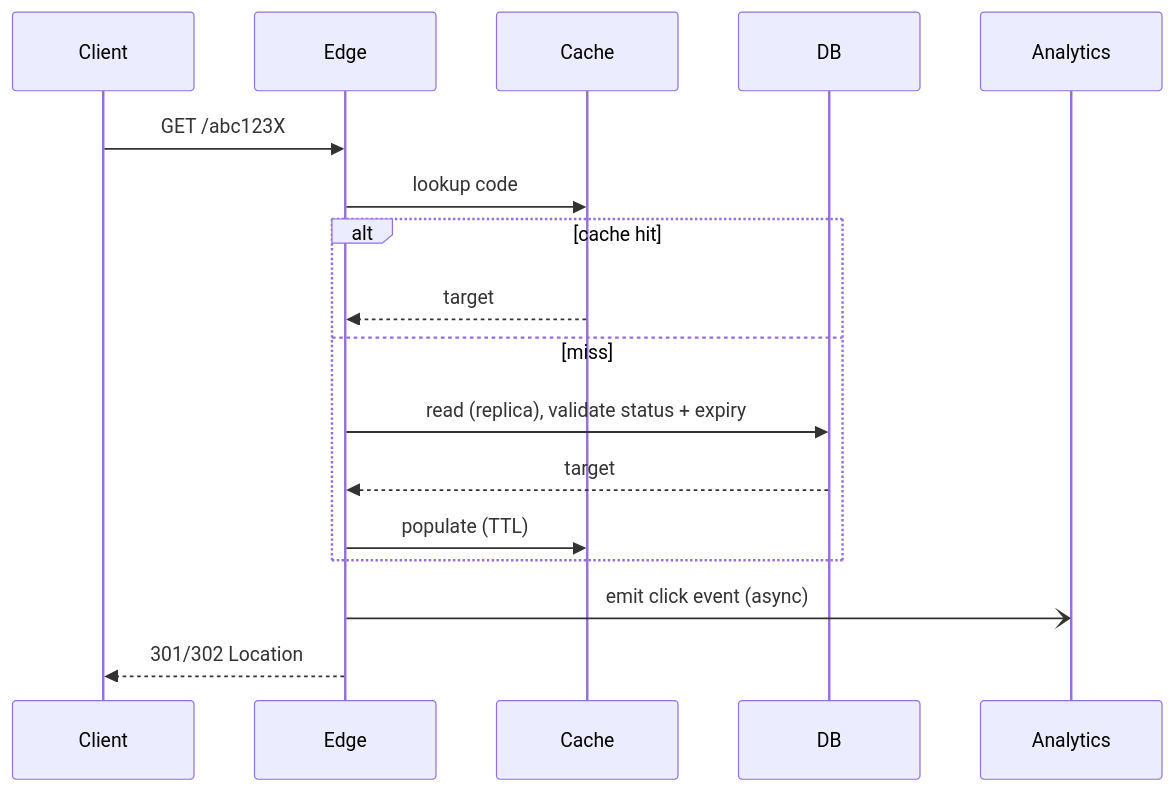
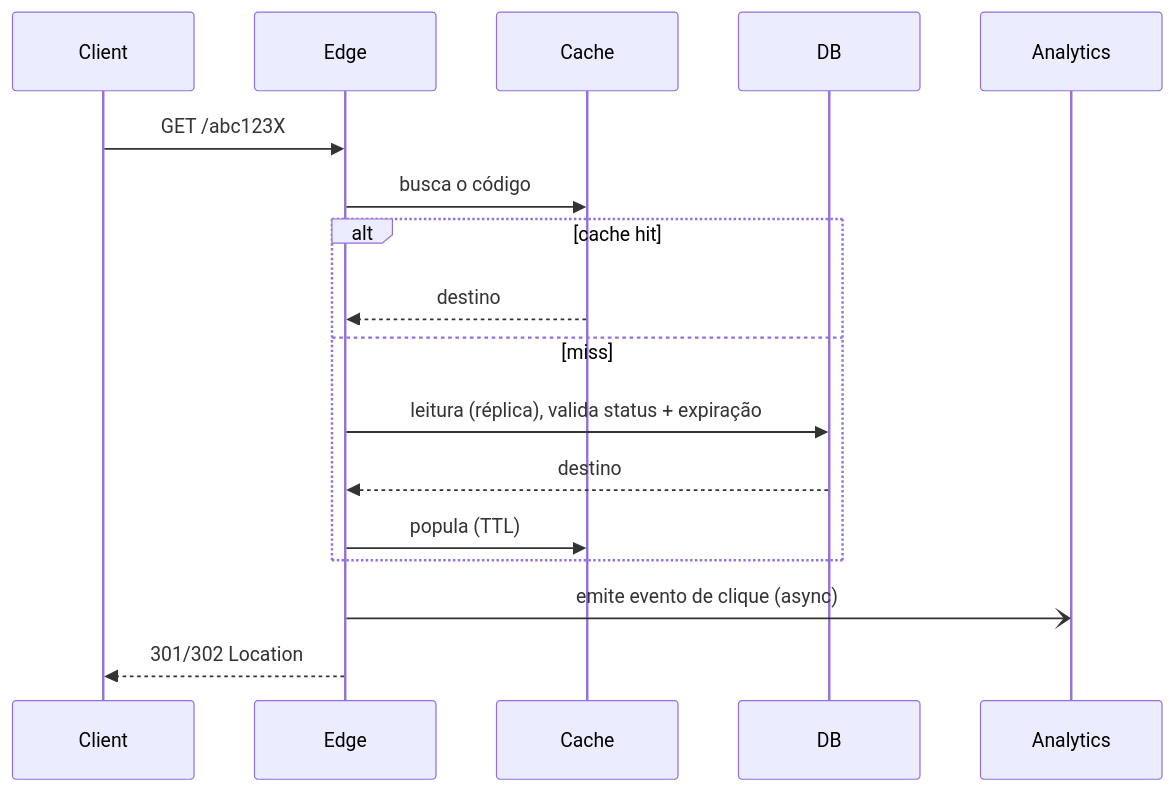
Before and after one commit to Pierry/harness-kit: the diagram in wiki-i18n/pt/URL-Shortener.md, drawn with Mermaid. The commit also changed other lines of this file and 130 other files, not shown here.

````diff
--- a/wiki-i18n/pt/URL-Shortener.md
+++ b/wiki-i18n/pt/URL-Shortener.md
@@ -173,14 +102,14 @@
 ```mermaid
 sequenceDiagram
   Client->>Edge: GET /abc123X
-  Edge->>Cache: lookup code
+  Edge->>Cache: busca o código
   alt cache hit
-    Cache-->>Edge: target
+    Cache-->>Edge: destino
   else miss
-    Edge->>DB: read (replica), validate status + expiry
-    DB-->>Edge: target
-    Edge->>Cache: populate (TTL)
+    Edge->>DB: leitura (réplica), valida status + expiração
+    DB-->>Edge: destino
+    Edge->>Cache: popula (TTL)
   end
-  Edge-)Analytics: emit click event (async)
+  Edge-)Analytics: emite evento de clique (async)
   Edge-->>Client: 301/302 Location
 ```
````
